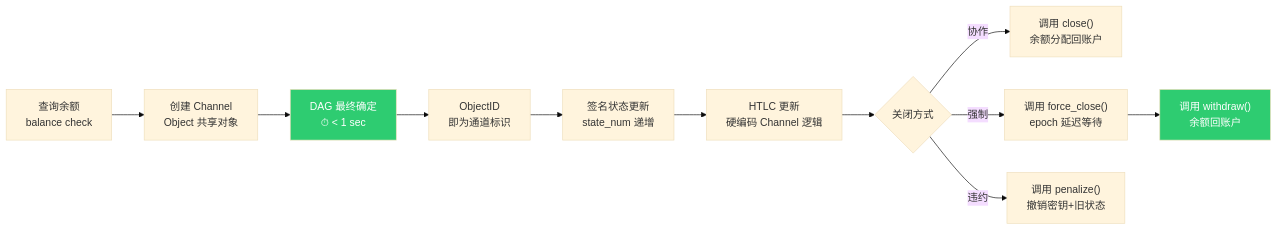
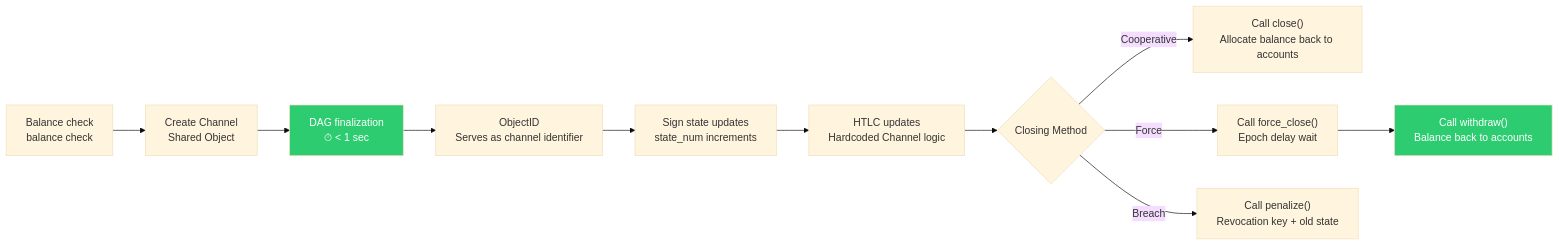
One commit to loka-network/loka-p2p-lnd changed the third of 9 diagrams in 1-refactor-docs/setu/lnd-and-setu-integration.md. Above: the diagram before and after it, drawn with Mermaid (base theme). The commit also changed other lines of this file and 12 other files, not shown here.

````diff
--- a/1-refactor-docs/setu/lnd-and-setu-integration.md
+++ b/1-refactor-docs/setu/lnd-and-setu-integration.md
@@ -139,16 +139,16 @@
 ```mermaid
 flowchart LR
-    S1["查询余额<br/>balance check"] --> S2["创建 Channel<br/>Object 共享对象"]
-    S2 --> S3["DAG 最终确定<br/>⏱ < 1 sec"]
-    S3 --> S4["ObjectID<br/>即为通道标识"]
-    S4 --> S5["签名状态更新<br/>state_num 递增"]
-    S5 --> S6["HTLC 更新<br/>硬编码 Channel 逻辑"]
-    S6 --> S7{"关闭方式"}
-    S7 -->|协作| S8["调用 close()<br/>余额分配回账户"]
-    S7 -->|强制| S9["调用 force_close()<br/>epoch 延迟等待"]
-    S9 --> S10["调用 withdraw()<br/>余额回账户"]
-    S7 -->|违约| S11["调用 penalize()<br/>撤销密钥+旧状态"]
+    S1["Balance check<br/>balance check"] --> S2["Create Channel<br/>Shared Object"]
+    S2 --> S3["DAG finalization<br/>⏱ < 1 sec"]
+    S3 --> S4["ObjectID<br/>Serves as channel identifier"]
+    S4 --> S5["Sign state updates<br/>state_num increments"]
+    S5 --> S6["HTLC updates<br/>Hardcoded Channel logic"]
+    S6 --> S7{"Closing Method"}
+    S7 -->|Cooperative| S8["Call close()<br/>Allocate balance back to accounts"]
+    S7 -->|Force| S9["Call force_close()<br/>Epoch delay wait"]
+    S9 --> S10["Call withdraw()<br/>Balance back to accounts"]
+    S7 -->|Breach| S11["Call penalize()<br/>Revocation key + old state"]
 
     style S3 fill:#2ecc71,color:#fff
     style S10 fill:#2ecc71,color:#fff
 ```
````
